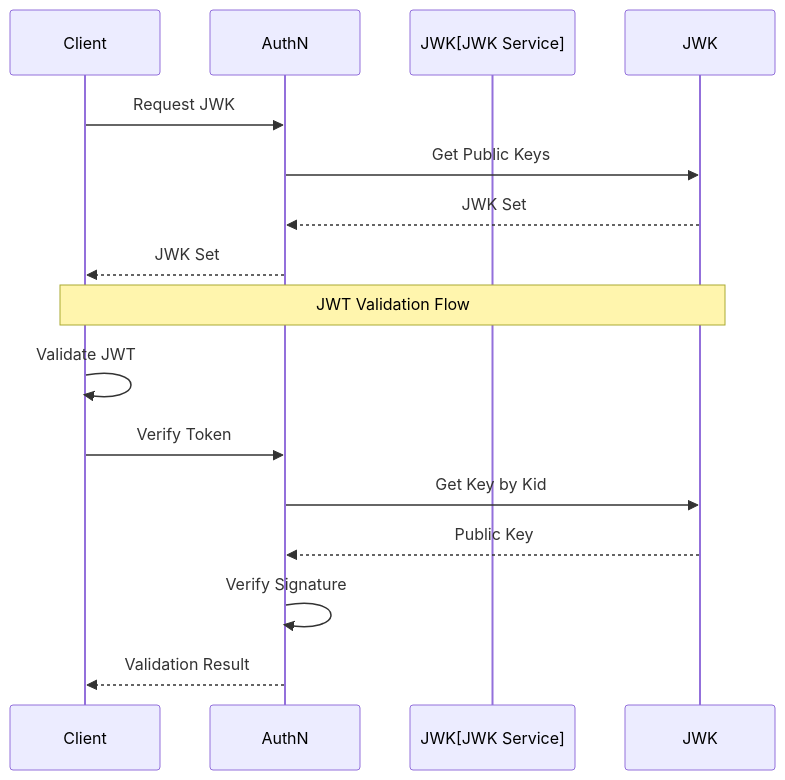
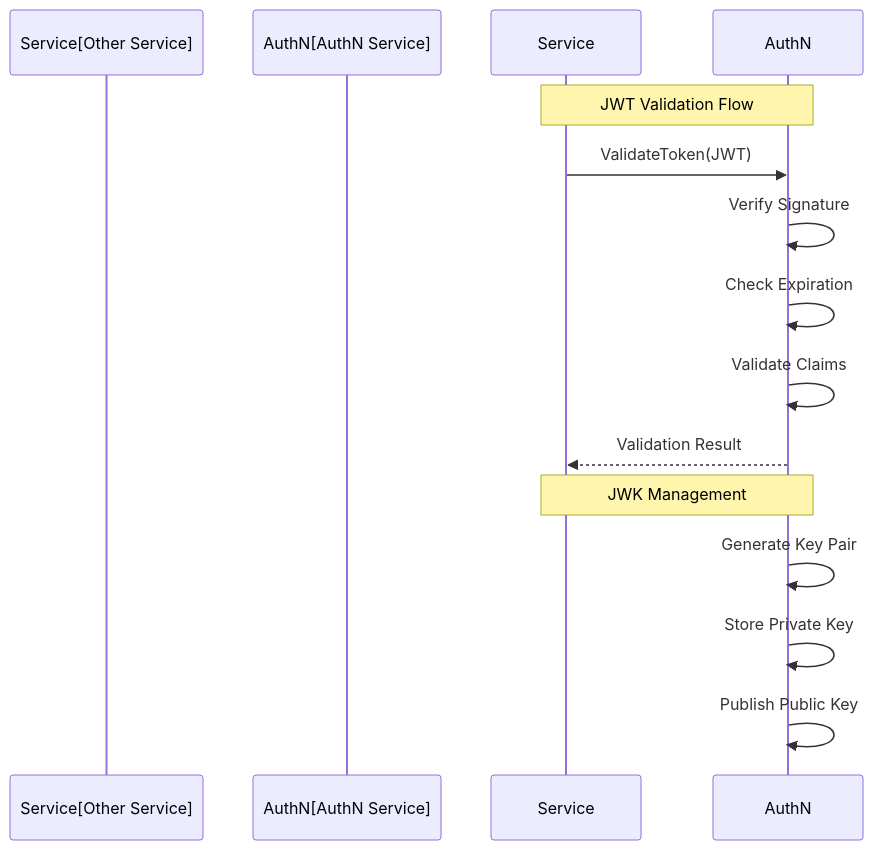
One commit to metafi-blockchain/metafi-digital-assets-service changed the fifth of 6 diagrams in docs/rd.vi.md. Above: the diagram before and after it, drawn with Mermaid. The commit also changed other lines of this file, not shown here.

````diff
--- a/docs/rd.vi.md
+++ b/docs/rd.vi.md
@@ -273,19 +273,17 @@
 ```mermaid
 sequenceDiagram
-    participant Client
-    participant AuthN
-    participant JWK[JWK Service]
+    participant Service[Other Service]
+    participant AuthN[AuthN Service]
     
-    Client->>AuthN: Request JWK
-    AuthN->>JWK: Get Public Keys
-    JWK-->>AuthN: JWK Set
-    AuthN-->>Client: JWK Set
+    Note over Service,AuthN: JWT Validation Flow
+    Service->>AuthN: ValidateToken(JWT)
+    AuthN->>AuthN: Verify Signature
+    AuthN->>AuthN: Check Expiration
+    AuthN->>AuthN: Validate Claims
+    AuthN-->>Service: Validation Result
     
-    Note over Client,JWK: JWT Validation Flow
-    Client->>Client: Validate JWT
-    Client->>AuthN: Verify Token
-    AuthN->>JWK: Get Key by Kid
-    JWK-->>AuthN: Public Key
-    AuthN->>AuthN: Verify Signature
-    AuthN-->>Client: Validation Result
+    Note over Service,AuthN: JWK Management
+    AuthN->>AuthN: Generate Key Pair
+    AuthN->>AuthN: Store Private Key
+    AuthN->>AuthN: Publish Public Key
 ```
````
